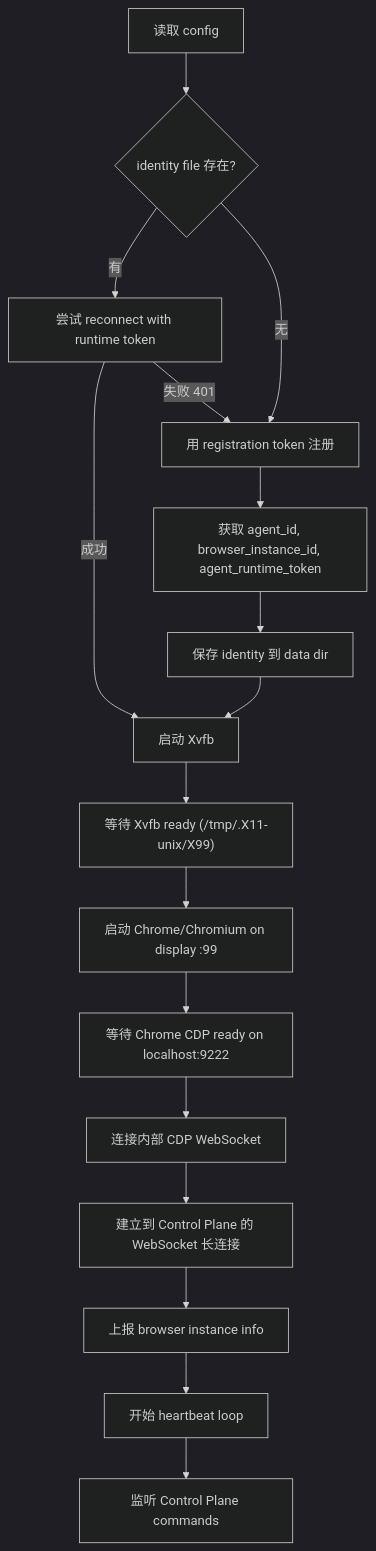
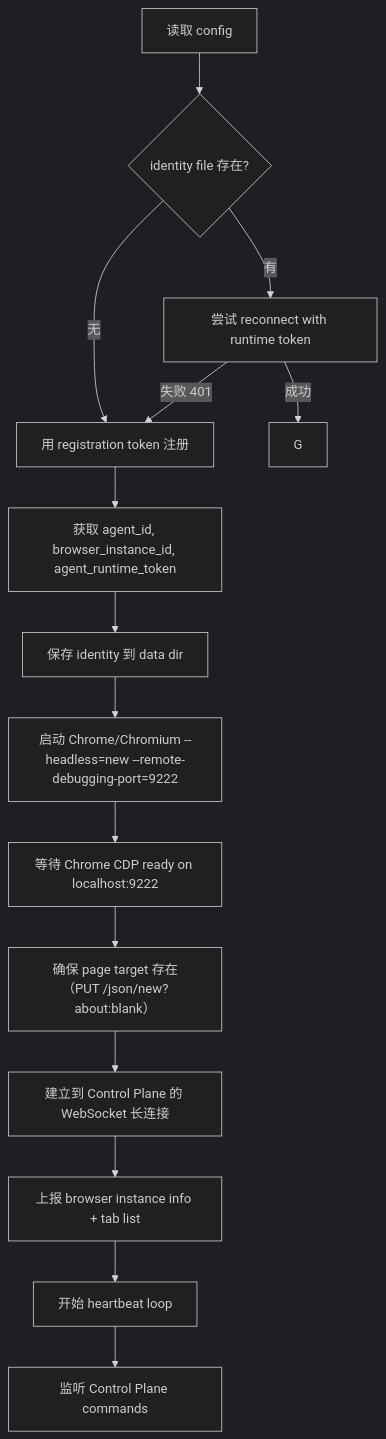
Before and after one commit to cnjack/jbrowser: the third of 16 diagrams in internal-docs/02-architecture.md, drawn with Mermaid (dark theme). The commit also changed other lines of this file and 11 other files, not shown here.

````diff
--- a/internal-docs/02-architecture.md
+++ b/internal-docs/02-architecture.md
@@ -302,19 +306,17 @@
 ```mermaid
 flowchart TD
     A[读取 config] --> B{identity file 存在?}
     B -->|有| C[尝试 reconnect with runtime token]
     B -->|无| F[用 registration token 注册]
     C -->|成功| G
     C -->|失败 401| F
     F --> D[获取 agent_id, browser_instance_id, agent_runtime_token]
     D --> E[保存 identity 到 data dir]
-    E --> G[启动 Xvfb]
-    G --> H["等待 Xvfb ready (/tmp/.X11-unix/X99)"]
-    H --> I[启动 Chrome/Chromium on display :99]
+    E --> I["启动 Chrome/Chromium --headless=new --remote-debugging-port=9222"]
     I --> J[等待 Chrome CDP ready on localhost:9222]
-    J --> K[连接内部 CDP WebSocket]
+    J --> K["确保 page target 存在（PUT /json/new?about:blank）"]
     K --> L[建立到 Control Plane 的 WebSocket 长连接]
-    L --> M[上报 browser instance info]
+    L --> M[上报 browser instance info + tab list]
     M --> N[开始 heartbeat loop]
     N --> O[监听 Control Plane commands]
 ```
````
